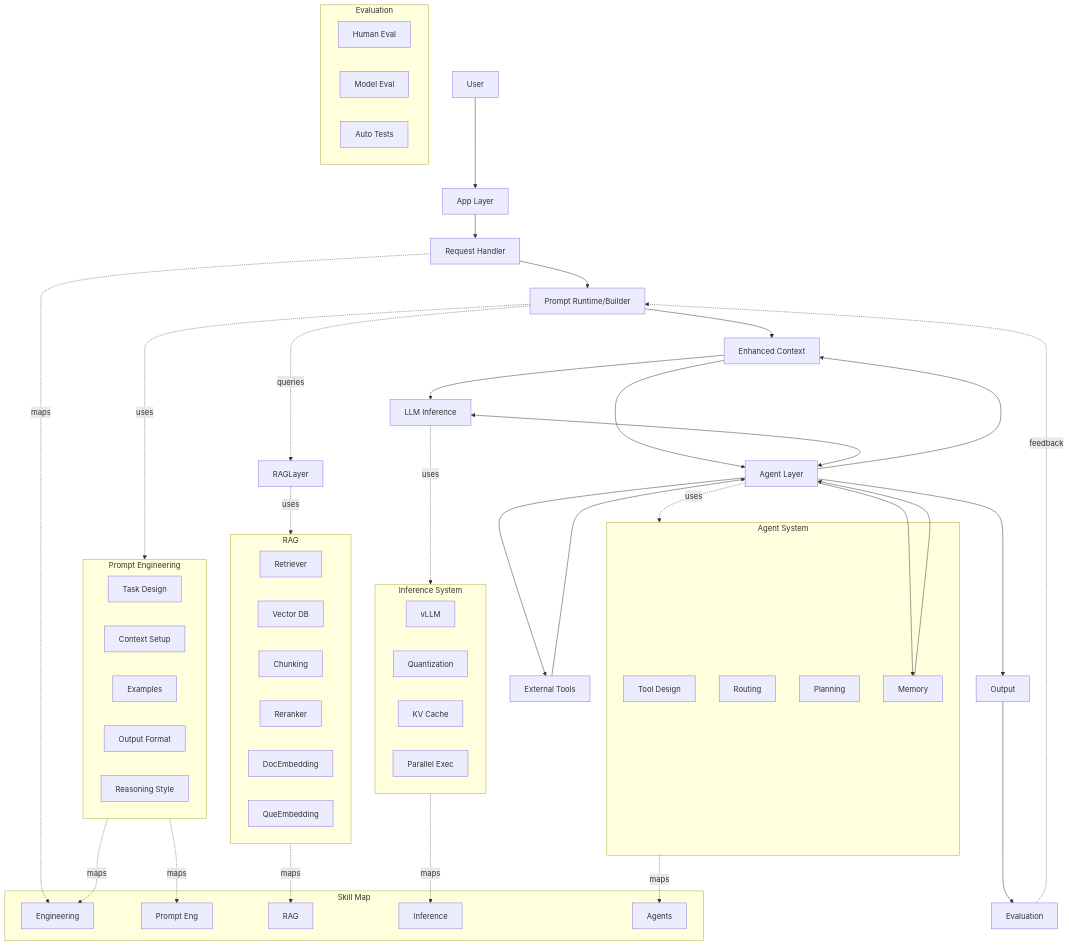
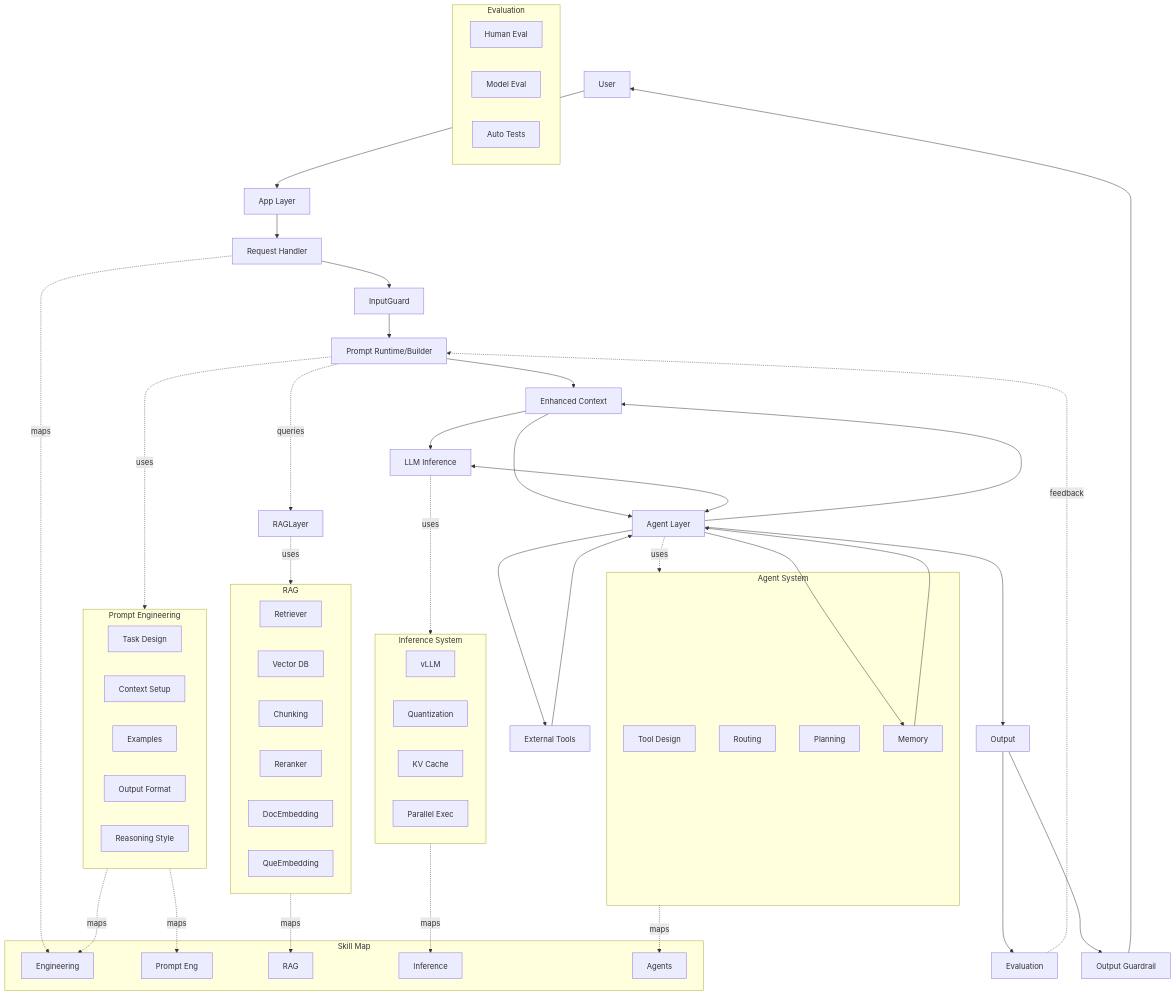
The diagram in combined.md (Poseiden/AI-Awesome), drawn with Mermaid before and after one commit. The commit also changed other lines of this file, not shown here.

Commit message:
[feat]add input and output guard.

```diff
--- a/combined.md
+++ b/combined.md
@@ -9,7 +9,8 @@
 
   %% Request and Prompt
   AppUI --> ReqHandler
-  ReqHandler[Request Handler] --> PromptLayer
+  ReqHandler[Request Handler] --> InputGuard
+  InputGuard --> PromptLayer
   PromptLayer[Prompt Runtime/Builder]
 
   %% Prompt Engineering
@@ -71,6 +72,8 @@
   %% Output
   AgentLayer --> Output
   Output[Output] --> Eval
+  Output --> OutputGuard[Output Guardrail]
+  OutputGuard --> User
 
   subgraph EvalSys[Evaluation]
     Eval_Human[Human Eval]
```
